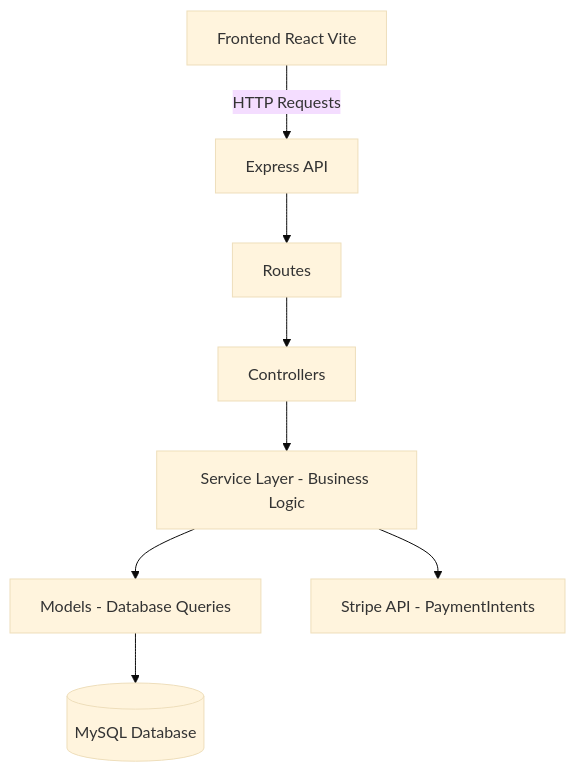
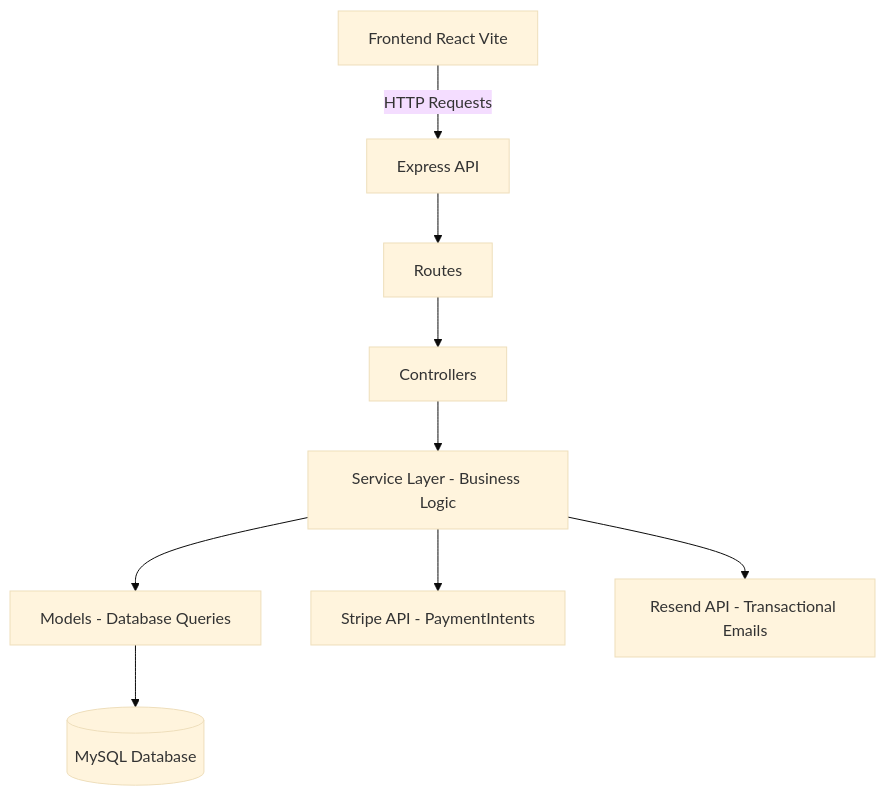
The diagram in README.md (fabioesilveira/Back-end-FAST-FUEL), drawn with Mermaid (base theme) before and after one commit. The commit also changed other lines of this file, not shown here.

````diff
--- a/README.md
+++ b/README.md
@@ -59,10 +65,11 @@
 ```mermaid
 flowchart TD
 A[Frontend React Vite] -->|HTTP Requests| B[Express API]
 B --> C[Routes]
 C --> D[Controllers]
 D --> E[Service Layer - Business Logic]
 E --> F[Models - Database Queries]
 F --> G[(MySQL Database)]
 E --> H[Stripe API - PaymentIntents]
+E --> I[Resend API - Transactional Emails]
  ```
````
